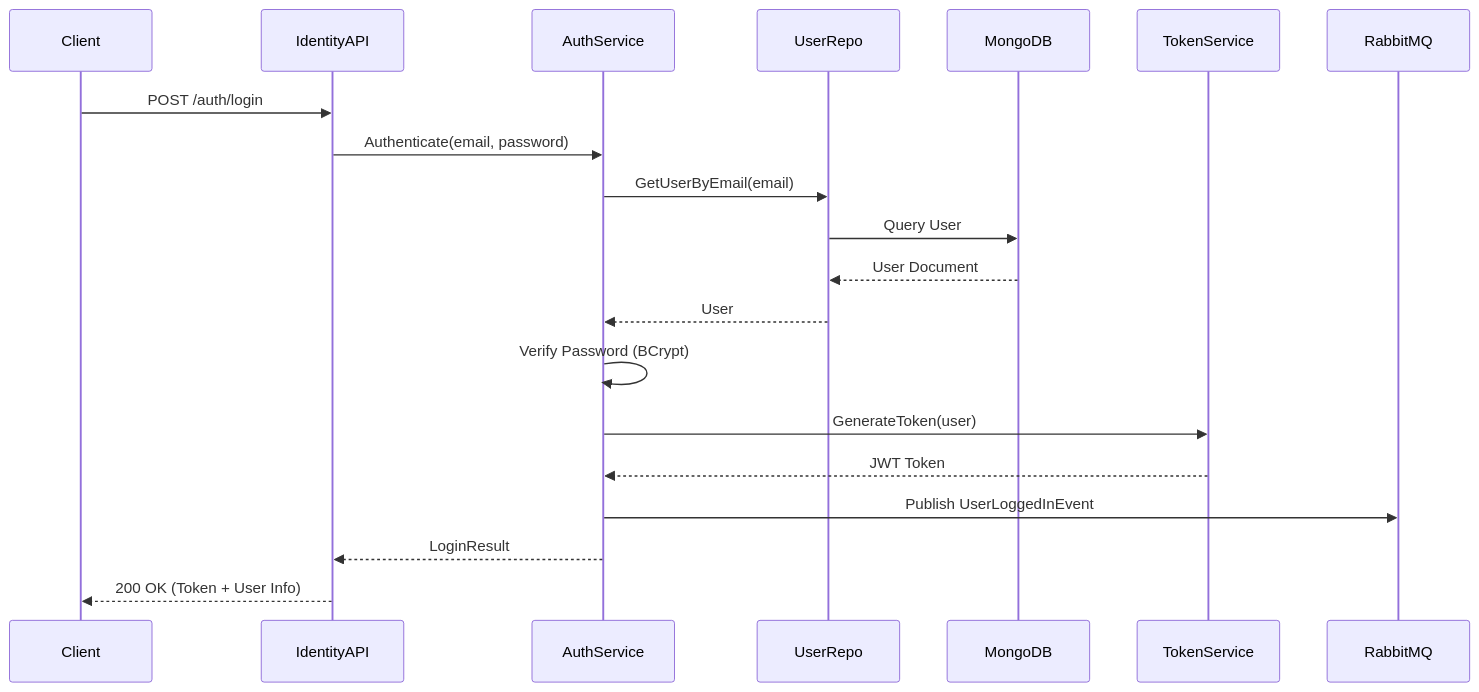
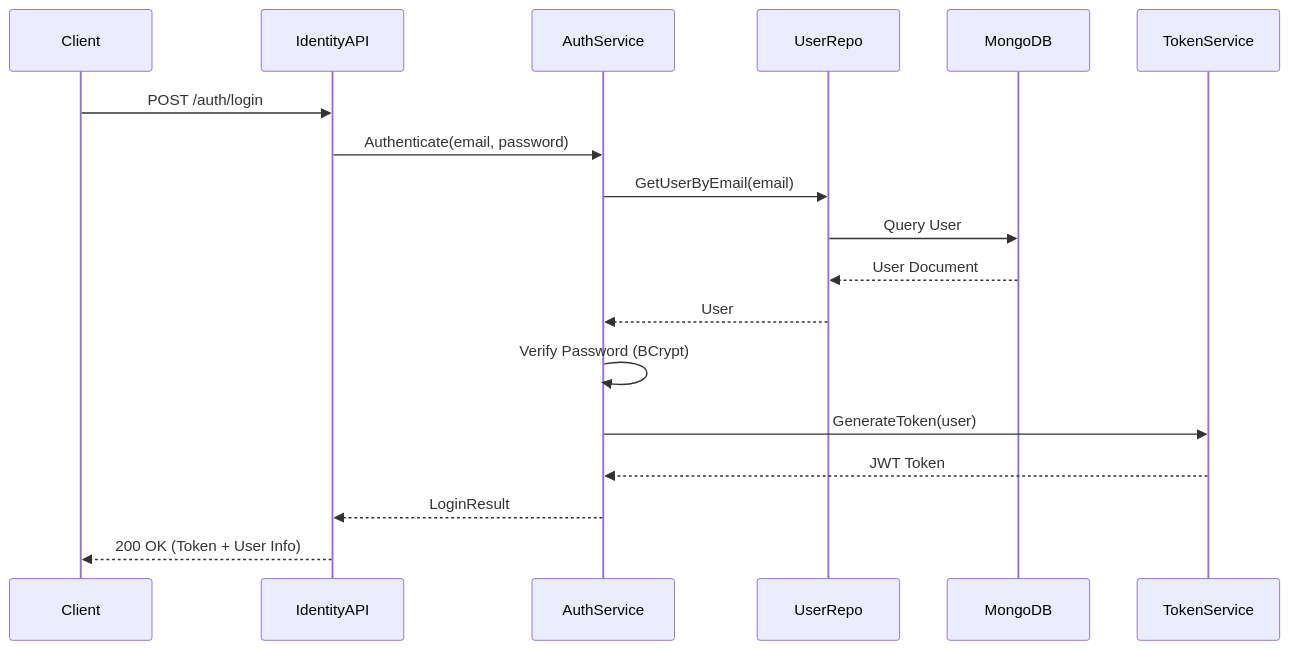
One commit to joriente/microservices changed the second of 4 diagrams in docs/Services/IdentityService.md. Above: the diagram before and after it, drawn with Mermaid. The commit also changed other lines of this file and 7 other files, not shown here.

````diff
--- a/docs/Services/IdentityService.md
+++ b/docs/Services/IdentityService.md
@@ -40,25 +37,23 @@
 ```mermaid
 sequenceDiagram
     participant Client
     participant IdentityAPI
     participant AuthService
     participant UserRepo
     participant MongoDB
     participant TokenService
-    participant RabbitMQ
     
     Client->>IdentityAPI: POST /auth/login
     IdentityAPI->>AuthService: Authenticate(email, password)
     AuthService->>UserRepo: GetUserByEmail(email)
     UserRepo->>MongoDB: Query User
     MongoDB-->>UserRepo: User Document
     UserRepo-->>AuthService: User
     
     AuthService->>AuthService: Verify Password (BCrypt)
     AuthService->>TokenService: GenerateToken(user)
     TokenService-->>AuthService: JWT Token
     
-    AuthService->>RabbitMQ: Publish UserLoggedInEvent
     AuthService-->>IdentityAPI: LoginResult
     IdentityAPI-->>Client: 200 OK (Token + User Info)
 ```
````
